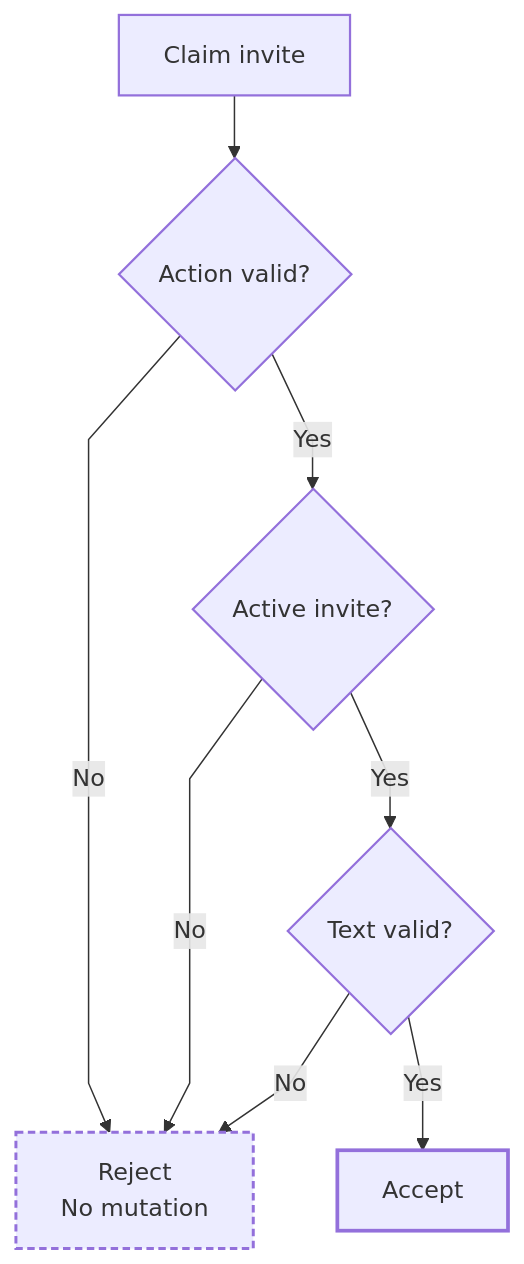
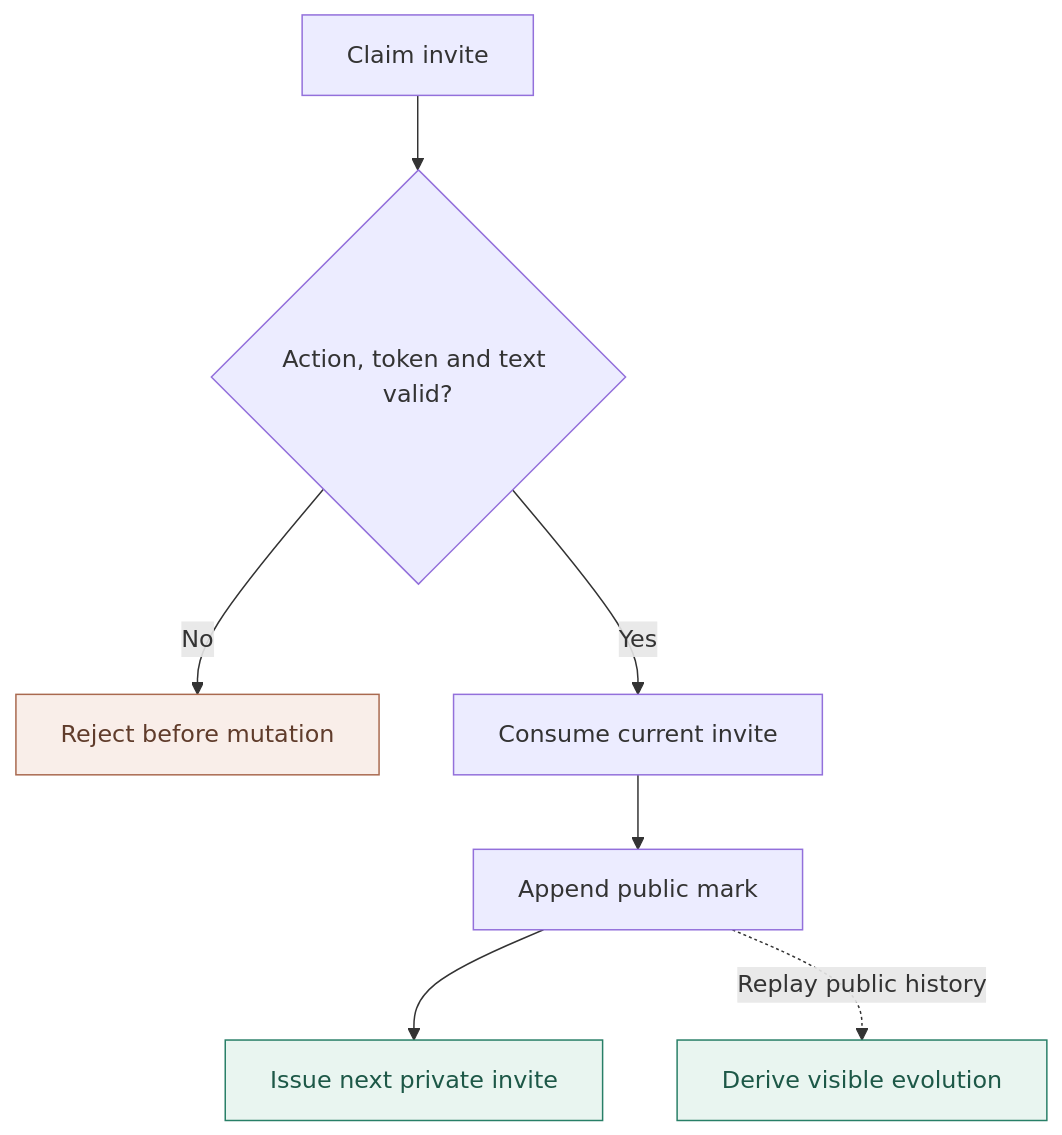
One commit to Niyam-Paneru/relic-zero changed the diagram in README.md. Above: the diagram before and after it, drawn with Mermaid. The commit also changed other lines of this file, not shown here.

Commit message:
docs: one purposeful visual, not repeated generated flowcharts

````diff
--- a/README.md
+++ b/README.md
@@ -26,25 +24,13 @@
 ```mermaid
----
-config:
-  flowchart:
-    curve: linear
-    nodeSpacing: 28
-    rankSpacing: 42
----
 flowchart TB
-    accTitle: Validation: refuse before the first mutation
-    accDescr: Decision flow for validation: refuse before the first mutation.
-    A["Claim invite"] --> B{"Action valid?"}
-    B -- No --> R["Reject<br/>No mutation"]
-    B -- Yes --> C{"Active invite?"}
-    C -- No --> R
-    C -- Yes --> D{"Text valid?"}
-    D -- No --> R
-    D -- Yes --> E["Accept"]
-    classDef input stroke-width:1.5px;
-    classDef pass stroke-width:2.5px;
-    classDef stop stroke-width:2px,stroke-dasharray:5 3;
-    class A,B,C,D input;
-    class E pass;
-    class R stop;
+    A["Claim invite"] --> B{"Action, token and text valid?"}
+    B -- No --> X["Reject before mutation"]
+    B -- Yes --> C["Consume current invite"]
+    C --> D["Append public mark"]
+    D --> E["Issue next private invite"]
+    D -. "Replay public history" .-> F["Derive visible evolution"]
+    classDef refused fill:#F9EEE9,stroke:#A9694F,color:#603C2B;
+    classDef done fill:#E9F5F0,stroke:#287F67,color:#1D5847;
+    class X refused;
+    class E,F done;
 ```
````
